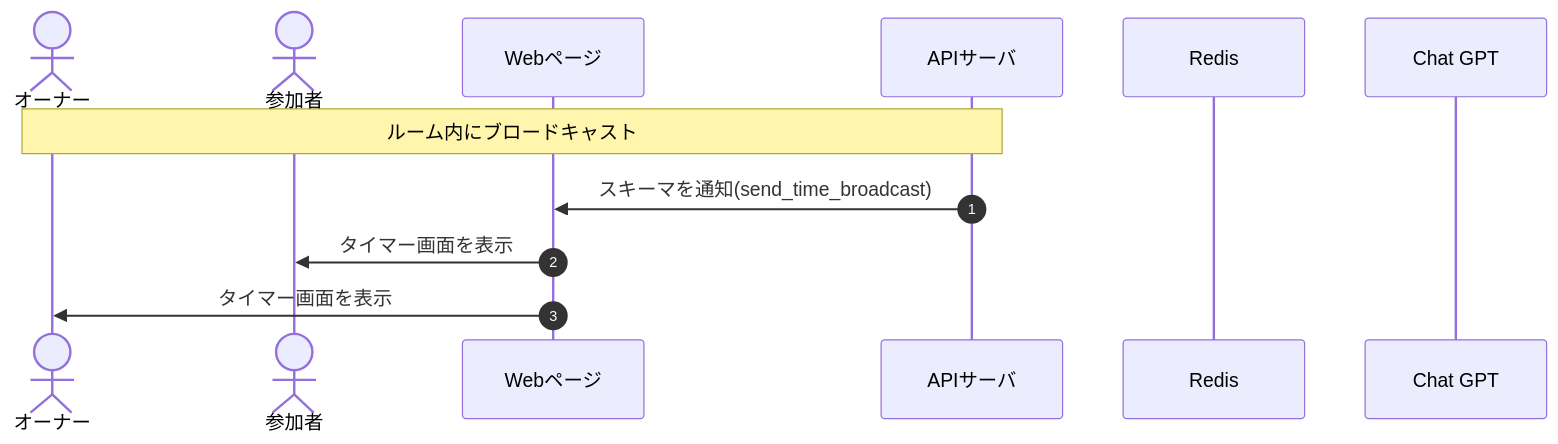
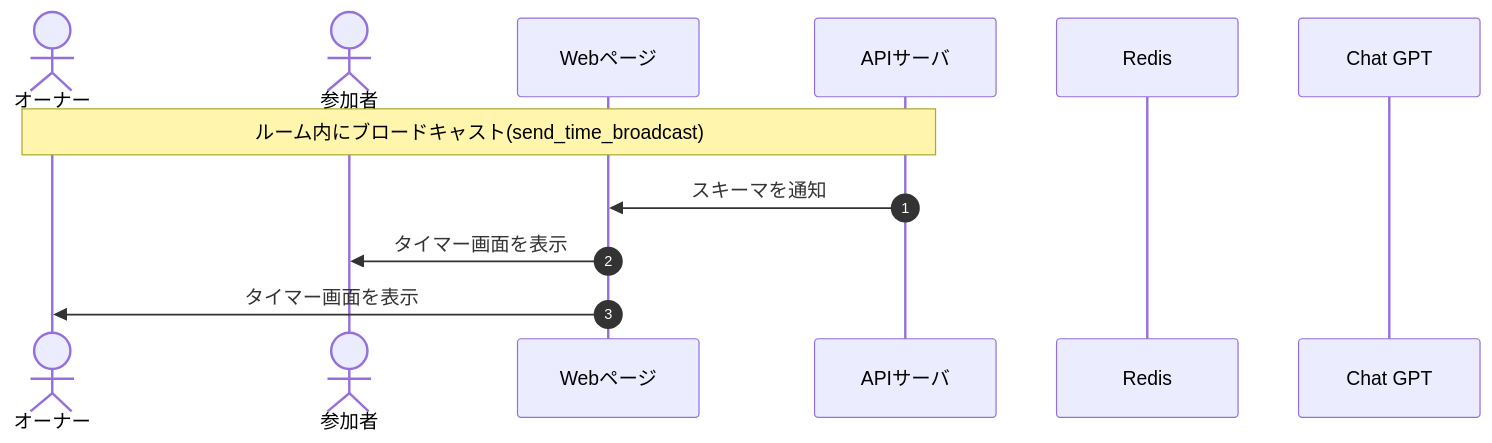
The diagram in docs/DesignDog/07_秒数管理.md (Tanakaryuki/chat_wolf), drawn with Mermaid before and after one commit. The commit also changed 29 other files, not shown here.

````diff
--- a/docs/DesignDog/07_秒数管理.md
+++ b/docs/DesignDog/07_秒数管理.md
@@ -11,15 +11,15 @@
 ```mermaid
 sequenceDiagram
     autonumber
     actor owner as オーナー
     actor participants as 参加者
     participant front as Webページ
     participant api as APIサーバ
     participant db as Redis
     participant ai as Chat GPT
 
-    Note over owner,api: ルーム内にブロードキャスト
-    api->>front: スキーマを通知(send_time_broadcast)
+    Note over owner,api: ルーム内にブロードキャスト(send_time_broadcast)
+    api->>front: スキーマを通知
     front->>participants: タイマー画面を表示
     front->>owner: タイマー画面を表示
 ```
````
